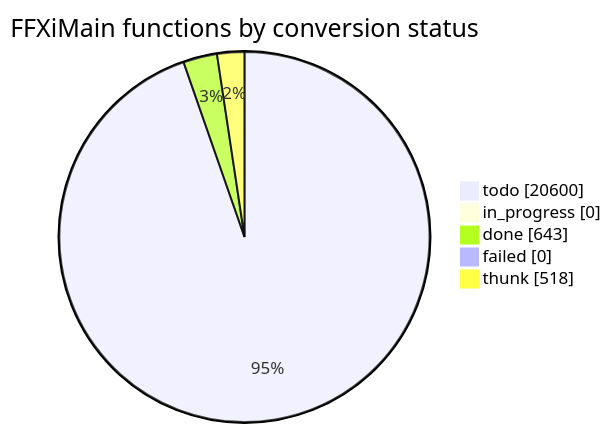
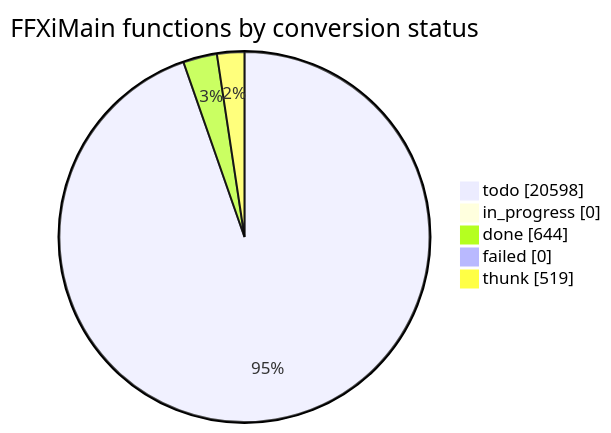
Before and after one commit to cowrevenge/cow_kuluu_xi_anything: the diagram in docs/cow/STATUS.md, drawn with Mermaid. The commit also changed other lines of this file and 9 other files, not shown here.

````diff
--- a/docs/cow/STATUS.md
+++ b/docs/cow/STATUS.md
@@ -18,9 +18,9 @@
 ```mermaid
 pie showData
     title FFXiMain functions by conversion status
-    "todo" : 20600
+    "todo" : 20598
     "in_progress" : 0
-    "done" : 643
+    "done" : 644
     "failed" : 0
-    "thunk" : 518
+    "thunk" : 519
 ```
````
